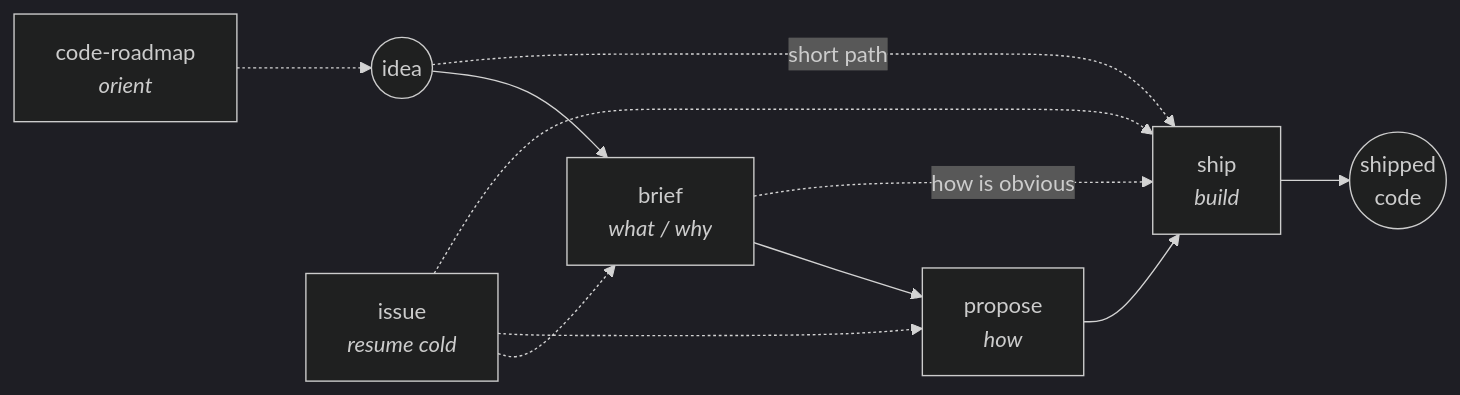
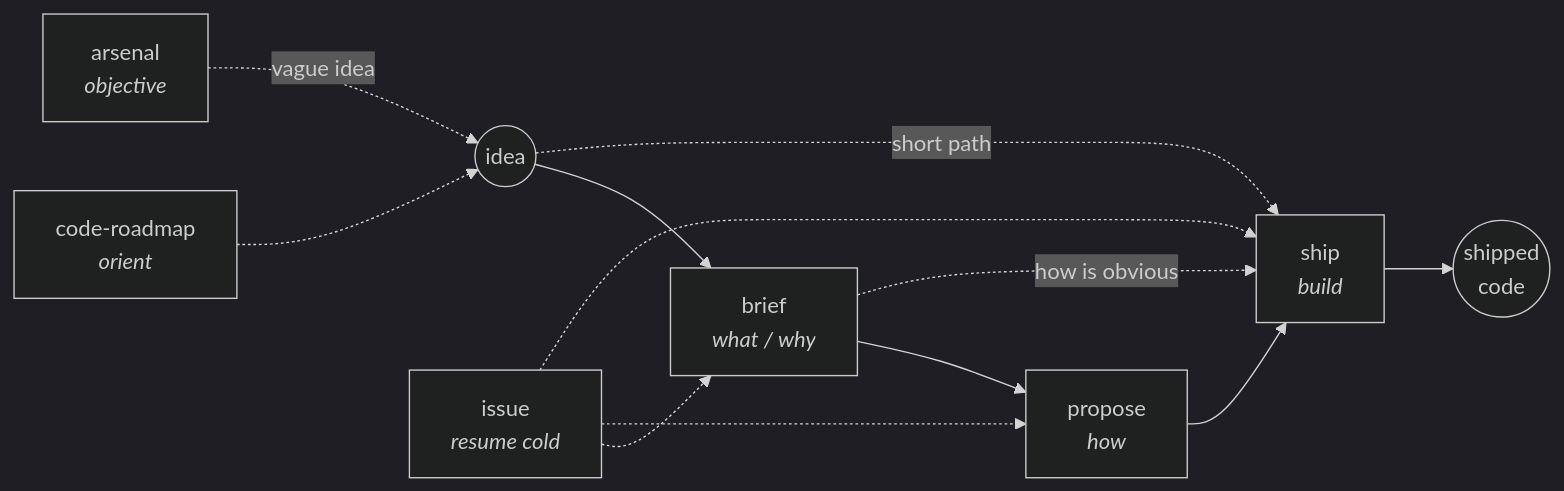
Before and after one commit to mirkobozzetto/arsenal: the diagram in README.md, drawn with Mermaid (dark theme). The commit also changed other lines of this file and 12 other files, not shown here.

Commit message:
feat(arsenal): socratic roadmap skill with HTML deliverable

````diff
--- a/README.md
+++ b/README.md
@@ -38,8 +39,9 @@
 ```mermaid
 flowchart LR
     R[code-roadmap<br/><i>orient</i>] -.-> I((idea))
+    A[arsenal<br/><i>objective</i>] -.->|vague idea| I
     I --> B[brief<br/><i>what / why</i>] --> P[propose<br/><i>how</i>] --> S[ship<br/><i>build</i>] --> C((shipped<br/>code))
     I -.->|short path| S
     B -.->|how is obvious| S
     Q[issue<br/><i>resume cold</i>] -.-> B & P & S
 ```
````
